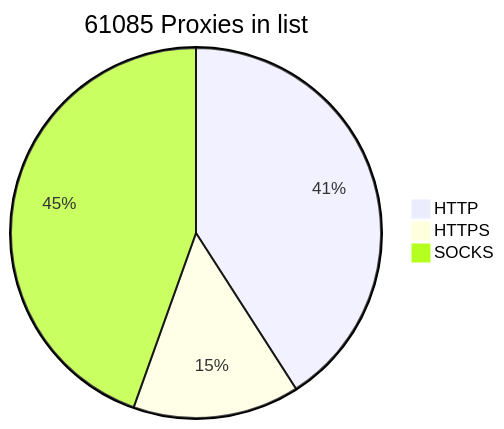
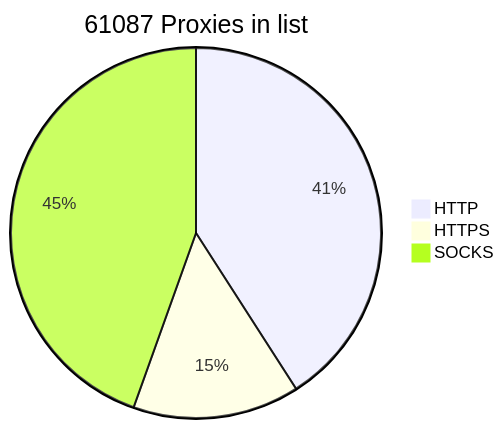
One commit to BlackSnowDot/proxylist-update-every-minute changed the diagram in README.md. Above: the diagram before and after it, drawn with Mermaid.

````diff
--- a/README.md
+++ b/README.md
@@ -2,6 +2,6 @@
 ```mermaid
-pie title 61085 Proxies in list
+pie title 61087 Proxies in list
     "HTTP" : 28323
-    "HTTPS": 10072
+    "HTTPS": 10076
     "SOCKS" : 30829
 ```
````
